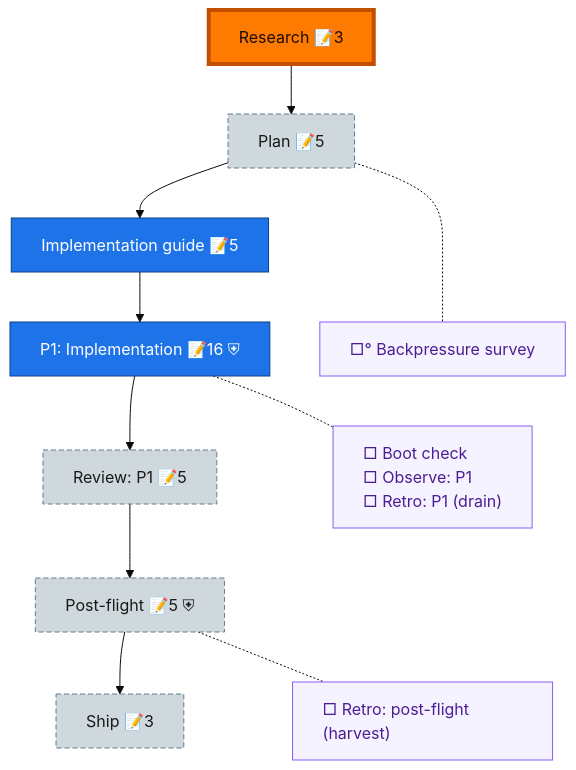
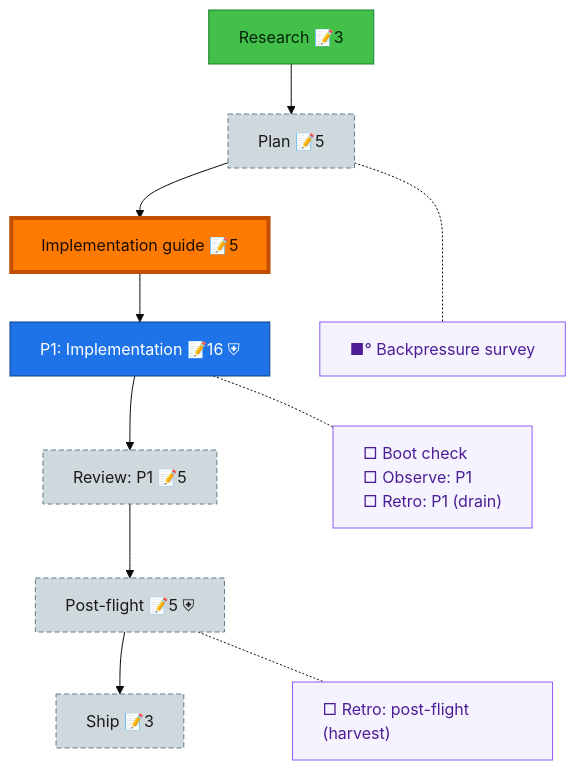
One commit to AI-Substrate/Unisphere changed the diagram in docs/plans/028-prep-canonical-tables/the-flow.md. Above: the diagram before and after it, drawn with Mermaid (base theme). The commit also changed other lines of this file and 7 other files, not shown here.

First line of the commit message:
docs(plan-028): implementation guide v1 (phase 1) and backpressure survey

````diff
--- a/docs/plans/028-prep-canonical-tables/the-flow.md
+++ b/docs/plans/028-prep-canonical-tables/the-flow.md
@@ -8,31 +8,31 @@
 ```mermaid
 flowchart TD
     research["Research 📝3"]:::wip
     plan["Plan 📝5"]:::assumed
     impl_guide["Implementation guide 📝5"]:::known
     phase_1["P1: Implementation 📝16 ⛨"]:::known
     review_1["Review: P1 📝5"]:::assumed
     post_flight["Post-flight 📝5 ⛨"]:::assumed
     ship["Ship 📝3"]:::assumed
 
     research --> plan --> impl_guide --> phase_1 --> review_1 --> post_flight --> ship
 
-    planC["□° Backpressure survey"]:::chore
+    planC["■° Backpressure survey"]:::chore
     phase_1C["□ Boot check<br/>□ Observe: P1<br/>□ Retro: P1 (drain)"]:::chore
     post_flightC["□ Retro: post-flight (harvest)"]:::chore
 
     %% invisible chain holds the gutter boxes in their own column
     planC ~~~ phase_1C ~~~ post_flightC
 
     %% dotted links pull each gutter box beside its node
     plan -.- planC
     phase_1 -.- phase_1C
     post_flight -.- post_flightC
 
     classDef wip fill:#43C04A,stroke:#1B7F2E,color:#04210A;
     classDef known fill:#1E73E8,stroke:#0D3F86,color:#fff;
     classDef assumed fill:#CFD8DC,stroke:#607D8B,color:#1a1a1a,stroke-dasharray:5 3;
     classDef chore fill:#f5f3ff,stroke:#8b5cf6,color:#4c1d95,text-align:left;
     classDef current fill:#FF7A00,stroke:#C24E00,color:#1a0e00,stroke-width:4px;
-    class research current;
+    class impl_guide current;
 ```
````
